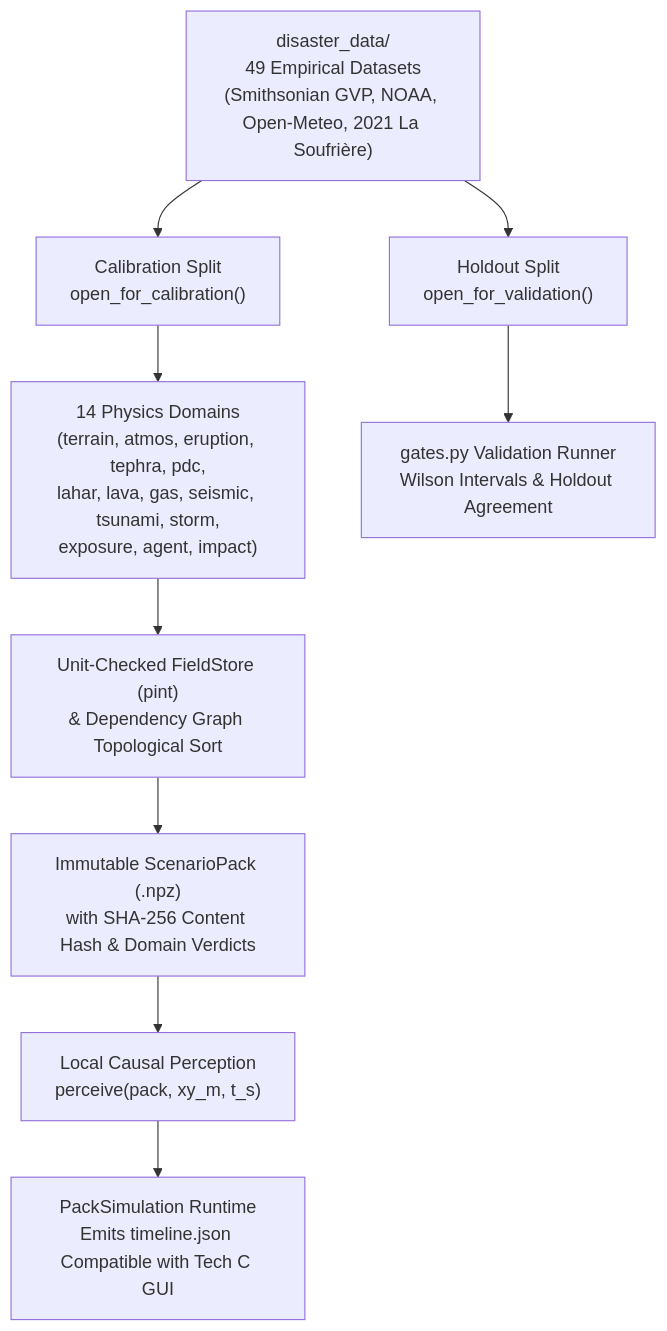
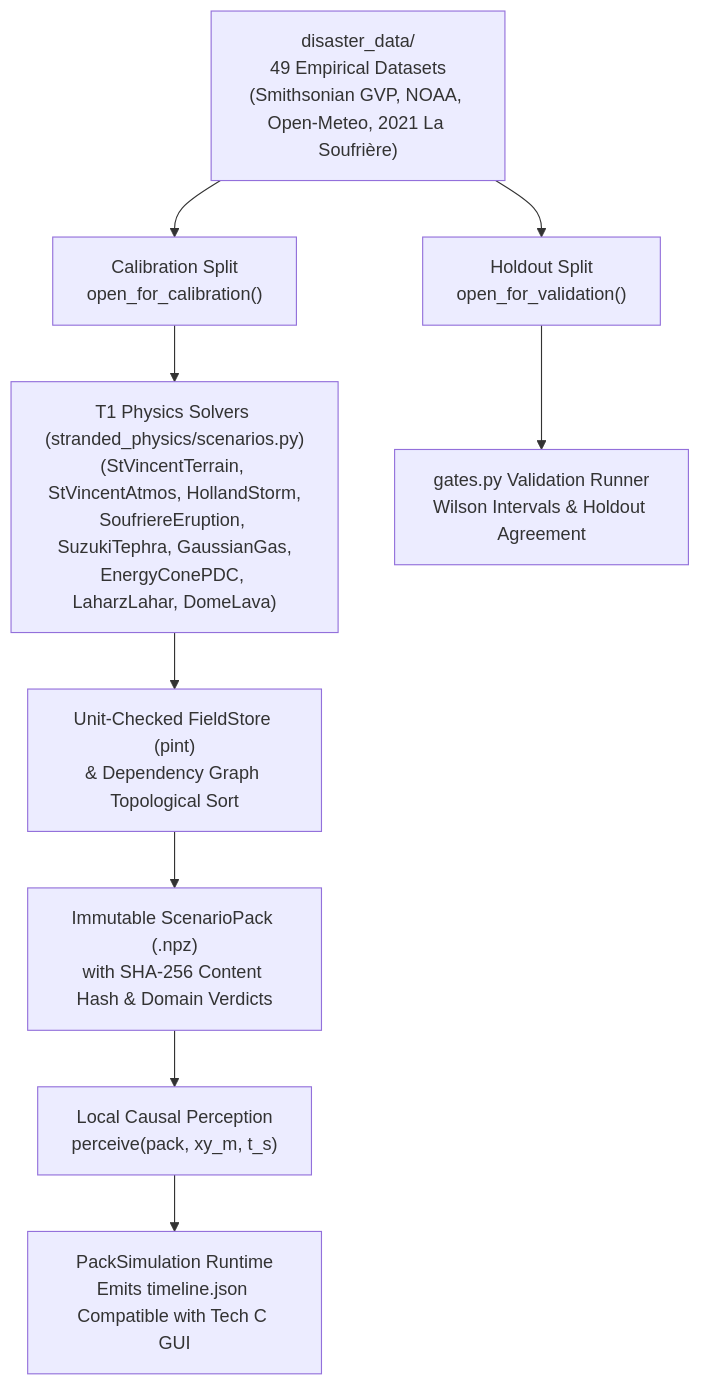
The diagram in docs/TECH_B_PHYSICS_AND_PRIORS.md (Muammal/Qiskit-Fest-Qognition), drawn with Mermaid before and after one commit. The commit also changed other lines of this file and 26 other files, not shown here.

Commit message:
Implement 6 published quantum cognition models, T1 St. Vincent physics solvers, ATUS priors, Grover DTQW, scripted counterfactuals, 3-mind GUI/CLI, Product D web inspector, and updated documentation

````diff
--- a/docs/TECH_B_PHYSICS_AND_PRIORS.md
+++ b/docs/TECH_B_PHYSICS_AND_PRIORS.md
@@ -14,11 +14,11 @@
 ```mermaid
 flowchart TD
     DD["disaster_data/\n49 Empirical Datasets\n(Smithsonian GVP, NOAA, Open-Meteo, 2021 La Soufrière)"] --> CAL["Calibration Split\nopen_for_calibration()"]
     DD --> HOLD["Holdout Split\nopen_for_validation()"]
-    CAL --> DOM["14 Physics Domains\n(terrain, atmos, eruption, tephra, pdc,\nlahar, lava, gas, seismic, tsunami, storm,\nexposure, agent, impact)"]
+    CAL --> DOM["T1 Physics Solvers (stranded_physics/scenarios.py)\n(StVincentTerrain, StVincentAtmos, HollandStorm,\nSoufriereEruption, SuzukiTephra, GaussianGas,\nEnergyConePDC, LaharzLahar, DomeLava)"]
     DOM --> FS["Unit-Checked FieldStore (pint)\n& Dependency Graph Topological Sort"]
     FS --> PACK["Immutable ScenarioPack (.npz)\nwith SHA-256 Content Hash & Domain Verdicts"]
     PACK --> PERC["Local Causal Perception\nperceive(pack, xy_m, t_s)"]
     PERC --> SIM["PackSimulation Runtime\nEmits timeline.json Compatible with Tech C GUI"]
     HOLD --> GATES["gates.py Validation Runner\nWilson Intervals & Holdout Agreement"]
 ```
````
